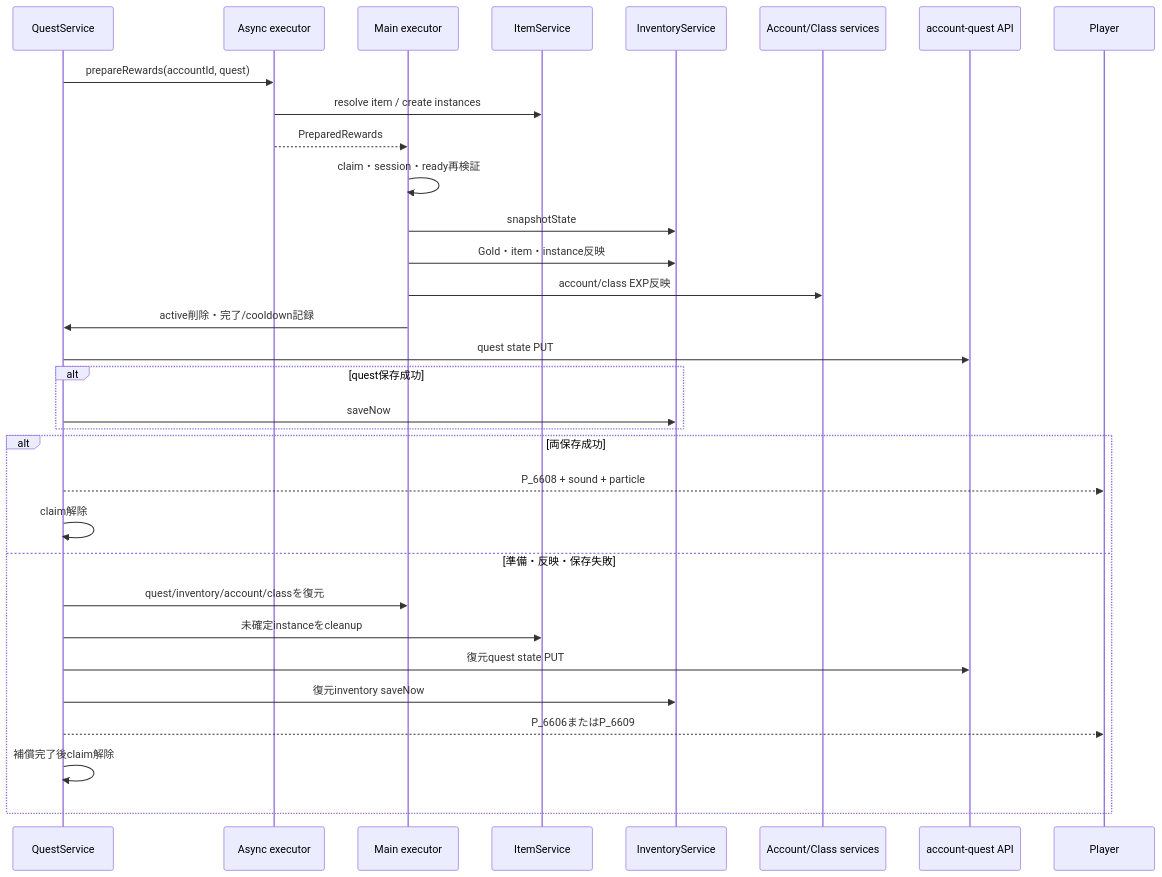
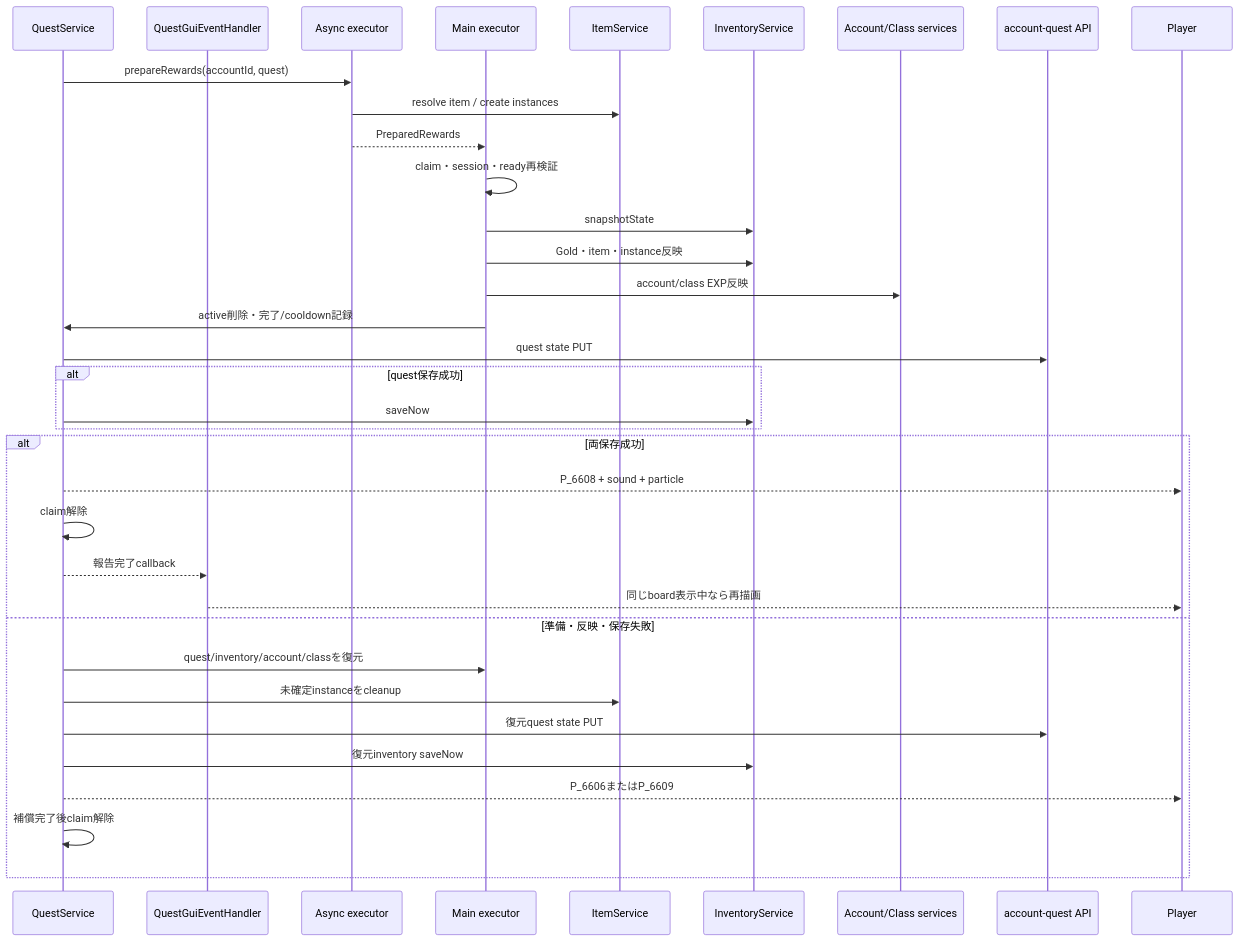
The fourth of 5 diagrams in 00_docs/10_Plugin設計書/feature/29-quest/29_4-統合フロー.md (maaasu/AstralRecord-Workspace), drawn with Mermaid before and after one commit. The commit also changed 9 other files, not shown here.

Commit message:
fix: update quest GUI after actions

````diff
--- a/00_docs/10_Plugin設計書/feature/29-quest/29_4-統合フロー.md
+++ b/00_docs/10_Plugin設計書/feature/29-quest/29_4-統合フロー.md
@@ -129,35 +129,38 @@
 ```mermaid
 sequenceDiagram
     participant Quest as QuestService
+    participant GUI as QuestGuiEventHandler
     participant Async as Async executor
     participant Main as Main executor
     participant Item as ItemService
     participant Inventory as InventoryService
     participant Account as Account/Class services
     participant API as account-quest API
     participant Player as Player
 
     Quest->>Async: prepareRewards(accountId, quest)
     Async->>Item: resolve item / create instances
     Async-->>Main: PreparedRewards
     Main->>Main: claim・session・ready再検証
     Main->>Inventory: snapshotState
     Main->>Inventory: Gold・item・instance反映
     Main->>Account: account/class EXP反映
     Main->>Quest: active削除・完了/cooldown記録
     Quest->>API: quest state PUT
     alt quest保存成功
         Quest->>Inventory: saveNow
     end
     alt 両保存成功
         Quest-->>Player: P_6608 + sound + particle
         Quest->>Quest: claim解除
+        Quest-->>GUI: 報告完了callback
+        GUI-->>Player: 同じboard表示中なら再描画
     else 準備・反映・保存失敗
         Quest->>Main: quest/inventory/account/classを復元
         Quest->>Item: 未確定instanceをcleanup
         Quest->>API: 復元quest state PUT
         Quest->>Inventory: 復元inventory saveNow
         Quest-->>Player: P_6606またはP_6609
         Quest->>Quest: 補償完了後claim解除
     end
 ```
````
